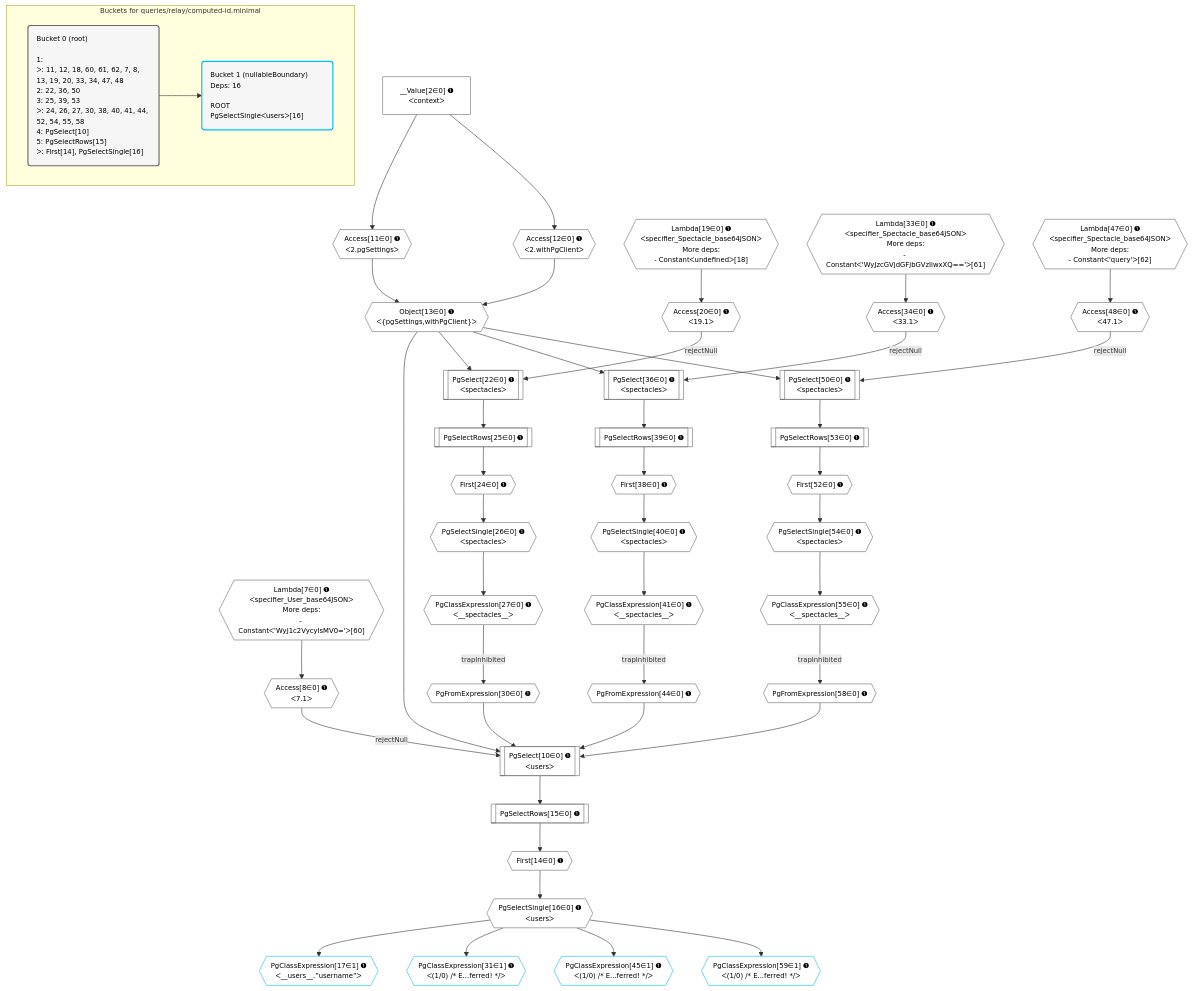
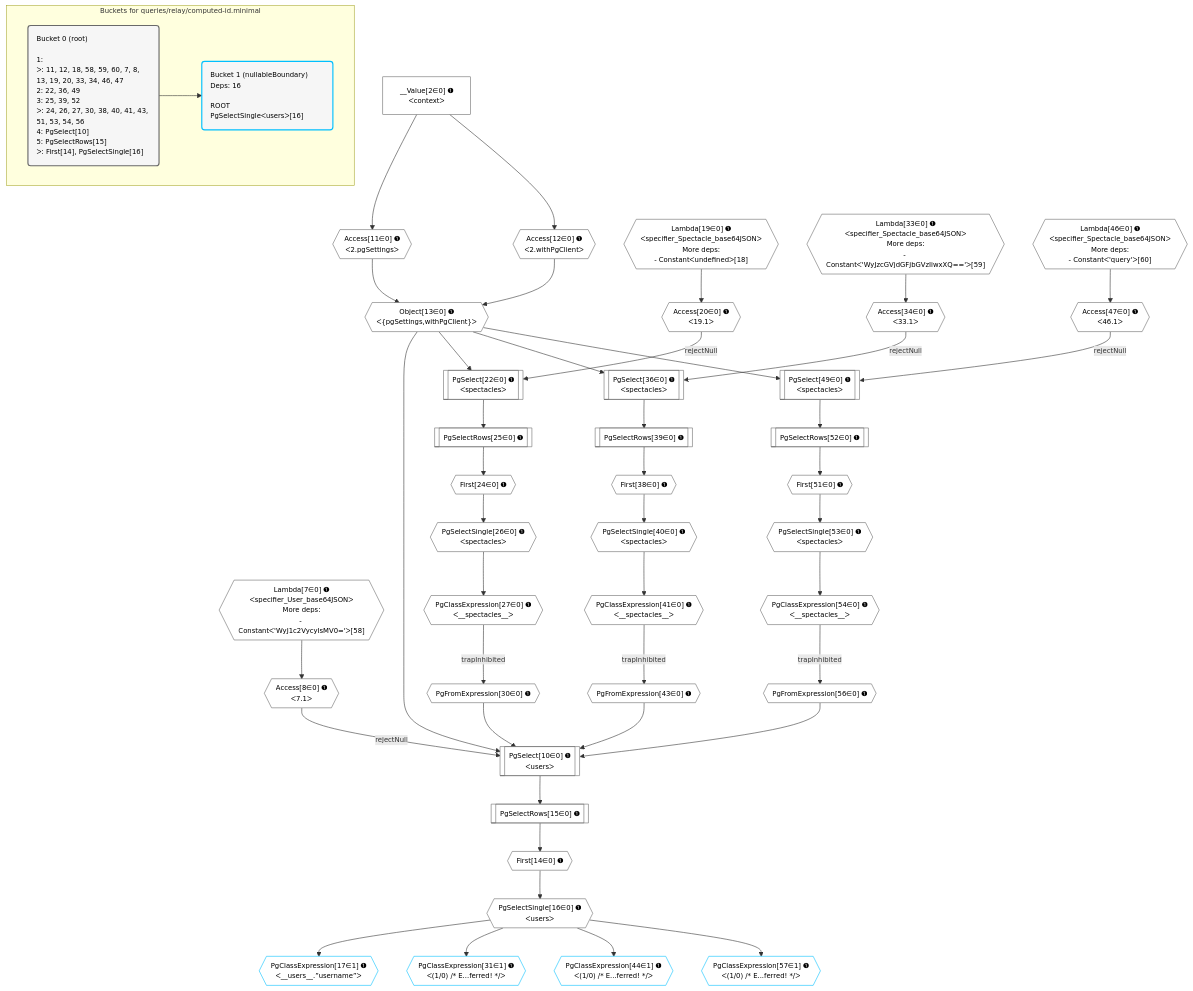
One commit to graphile/crystal changed the diagram in postgraphile/postgraphile/__tests__/queries/relay/computed-id.minimal.mermaid. Above: the diagram before and after it, drawn with Mermaid. The commit also changed 15 other files, not shown here.

Commit message:
Update plan diagrams

```diff
--- a/postgraphile/postgraphile/__tests__/queries/relay/computed-id.minimal.mermaid
+++ b/postgraphile/postgraphile/__tests__/queries/relay/computed-id.minimal.mermaid
@@ -1,97 +1,97 @@
 %%{init: {'themeVariables': { 'fontSize': '12px'}}}%%
 graph TD
     classDef path fill:#eee,stroke:#000,color:#000
     classDef plan fill:#fff,stroke-width:1px,color:#000
     classDef itemplan fill:#fff,stroke-width:2px,color:#000
     classDef unbatchedplan fill:#dff,stroke-width:1px,color:#000
     classDef sideeffectplan fill:#fcc,stroke-width:2px,color:#000
     classDef bucket fill:#f6f6f6,color:#000,stroke-width:2px,text-align:left
 
     subgraph "Buckets for queries/relay/computed-id.minimal"
-    Bucket0("Bucket 0 (root)<br /><br />1: <br />ᐳ: 11, 12, 18, 60, 61, 62, 7, 8, 13, 19, 20, 33, 34, 47, 48<br />2: 22, 36, 50<br />3: 25, 39, 53<br />ᐳ: 24, 26, 27, 30, 38, 40, 41, 44, 52, 54, 55, 58<br />4: PgSelect[10]<br />5: PgSelectRows[15]<br />ᐳ: First[14], PgSelectSingle[16]"):::bucket
+    Bucket0("Bucket 0 (root)<br /><br />1: <br />ᐳ: 11, 12, 18, 58, 59, 60, 7, 8, 13, 19, 20, 33, 34, 46, 47<br />2: 22, 36, 49<br />3: 25, 39, 52<br />ᐳ: 24, 26, 27, 30, 38, 40, 41, 43, 51, 53, 54, 56<br />4: PgSelect[10]<br />5: PgSelectRows[15]<br />ᐳ: First[14], PgSelectSingle[16]"):::bucket
     Bucket1("Bucket 1 (nullableBoundary)<br />Deps: 16<br /><br />ROOT PgSelectSingleᐸusersᐳ[16]"):::bucket
     end
     Bucket0 --> Bucket1
 
     %% plan dependencies
     PgSelect10[["PgSelect[10∈0] ➊<br />ᐸusersᐳ"]]:::plan
     Object13{{"Object[13∈0] ➊<br />ᐸ{pgSettings,withPgClient}ᐳ"}}:::plan
     Access8{{"Access[8∈0] ➊<br />ᐸ7.1ᐳ"}}:::plan
     PgFromExpression30{{"PgFromExpression[30∈0] ➊"}}:::plan
-    PgFromExpression44{{"PgFromExpression[44∈0] ➊"}}:::plan
-    PgFromExpression58{{"PgFromExpression[58∈0] ➊"}}:::plan
+    PgFromExpression43{{"PgFromExpression[43∈0] ➊"}}:::plan
+    PgFromExpression56{{"PgFromExpression[56∈0] ➊"}}:::plan
     Access8 -->|rejectNull| PgSelect10
-    Object13 & PgFromExpression30 & PgFromExpression44 & PgFromExpression58 --> PgSelect10
+    Object13 & PgFromExpression30 & PgFromExpression43 & PgFromExpression56 --> PgSelect10
     Access11{{"Access[11∈0] ➊<br />ᐸ2.pgSettingsᐳ"}}:::plan
     Access12{{"Access[12∈0] ➊<br />ᐸ2.withPgClientᐳ"}}:::plan
     Access11 & Access12 --> Object13
     PgSelect22[["PgSelect[22∈0] ➊<br />ᐸspectaclesᐳ"]]:::plan
     Access20{{"Access[20∈0] ➊<br />ᐸ19.1ᐳ"}}:::plan
     Access20 -->|rejectNull| PgSelect22
     Object13 --> PgSelect22
     PgSelect36[["PgSelect[36∈0] ➊<br />ᐸspectaclesᐳ"]]:::plan
     Access34{{"Access[34∈0] ➊<br />ᐸ33.1ᐳ"}}:::plan
     Access34 -->|rejectNull| PgSelect36
     Object13 --> PgSelect36
-    PgSelect50[["PgSelect[50∈0] ➊<br />ᐸspectaclesᐳ"]]:::plan
-    Access48{{"Access[48∈0] ➊<br />ᐸ47.1ᐳ"}}:::plan
-    Access48 -->|rejectNull| PgSelect50
-    Object13 --> PgSelect50
-    Lambda7{{"Lambda[7∈0] ➊<br />ᐸspecifier_User_base64JSONᐳ<br />More deps:<br />- Constantᐸ'WyJ1c2VycyIsMV0='ᐳ[60]"}}:::plan
+    PgSelect49[["PgSelect[49∈0] ➊<br />ᐸspectaclesᐳ"]]:::plan
+    Access47{{"Access[47∈0] ➊<br />ᐸ46.1ᐳ"}}:::plan
+    Access47 -->|rejectNull| PgSelect49
+    Object13 --> PgSelect49
+    Lambda7{{"Lambda[7∈0] ➊<br />ᐸspecifier_User_base64JSONᐳ<br />More deps:<br />- Constantᐸ'WyJ1c2VycyIsMV0='ᐳ[58]"}}:::plan
     Lambda7 --> Access8
     __Value2["__Value[2∈0] ➊<br />ᐸcontextᐳ"]:::plan
     __Value2 --> Access11
     __Value2 --> Access12
     First14{{"First[14∈0] ➊"}}:::plan
     PgSelectRows15[["PgSelectRows[15∈0] ➊"]]:::plan
     PgSelectRows15 --> First14
     PgSelect10 --> PgSelectRows15
     PgSelectSingle16{{"PgSelectSingle[16∈0] ➊<br />ᐸusersᐳ"}}:::plan
     First14 --> PgSelectSingle16
     Lambda19{{"Lambda[19∈0] ➊<br />ᐸspecifier_Spectacle_base64JSONᐳ<br />More deps:<br />- Constantᐸundefinedᐳ[18]"}}:::plan
     Lambda19 --> Access20
     First24{{"First[24∈0] ➊"}}:::plan
     PgSelectRows25[["PgSelectRows[25∈0] ➊"]]:::plan
     PgSelectRows25 --> First24
     PgSelect22 --> PgSelectRows25
     PgSelectSingle26{{"PgSelectSingle[26∈0] ➊<br />ᐸspectaclesᐳ"}}:::plan
     First24 --> PgSelectSingle26
     PgClassExpression27{{"PgClassExpression[27∈0] ➊<br />ᐸ__spectacles__ᐳ"}}:::plan
     PgSelectSingle26 --> PgClassExpression27
     PgClassExpression27 -->|trapInhibited| PgFromExpression30
-    Lambda33{{"Lambda[33∈0] ➊<br />ᐸspecifier_Spectacle_base64JSONᐳ<br />More deps:<br />- Constantᐸ'WyJzcGVjdGFjbGVzIiwxXQ=='ᐳ[61]"}}:::plan
+    Lambda33{{"Lambda[33∈0] ➊<br />ᐸspecifier_Spectacle_base64JSONᐳ<br />More deps:<br />- Constantᐸ'WyJzcGVjdGFjbGVzIiwxXQ=='ᐳ[59]"}}:::plan
     Lambda33 --> Access34
     First38{{"First[38∈0] ➊"}}:::plan
     PgSelectRows39[["PgSelectRows[39∈0] ➊"]]:::plan
     PgSelectRows39 --> First38
     PgSelect36 --> PgSelectRows39
     PgSelectSingle40{{"PgSelectSingle[40∈0] ➊<br />ᐸspectaclesᐳ"}}:::plan
     First38 --> PgSelectSingle40
     PgClassExpression41{{"PgClassExpression[41∈0] ➊<br />ᐸ__spectacles__ᐳ"}}:::plan
     PgSelectSingle40 --> PgClassExpression41
-    PgClassExpression41 -->|trapInhibited| PgFromExpression44
-    Lambda47{{"Lambda[47∈0] ➊<br />ᐸspecifier_Spectacle_base64JSONᐳ<br />More deps:<br />- Constantᐸ'query'ᐳ[62]"}}:::plan
-    Lambda47 --> Access48
-    First52{{"First[52∈0] ➊"}}:::plan
-    PgSelectRows53[["PgSelectRows[53∈0] ➊"]]:::plan
-    PgSelectRows53 --> First52
-    PgSelect50 --> PgSelectRows53
-    PgSelectSingle54{{"PgSelectSingle[54∈0] ➊<br />ᐸspectaclesᐳ"}}:::plan
-    First52 --> PgSelectSingle54
-    PgClassExpression55{{"PgClassExpression[55∈0] ➊<br />ᐸ__spectacles__ᐳ"}}:::plan
-    PgSelectSingle54 --> PgClassExpression55
-    PgClassExpression55 -->|trapInhibited| PgFromExpression58
+    PgClassExpression41 -->|trapInhibited| PgFromExpression43
+    Lambda46{{"Lambda[46∈0] ➊<br />ᐸspecifier_Spectacle_base64JSONᐳ<br />More deps:<br />- Constantᐸ'query'ᐳ[60]"}}:::plan
+    Lambda46 --> Access47
+    First51{{"First[51∈0] ➊"}}:::plan
+    PgSelectRows52[["PgSelectRows[52∈0] ➊"]]:::plan
+    PgSelectRows52 --> First51
+    PgSelect49 --> PgSelectRows52
+    PgSelectSingle53{{"PgSelectSingle[53∈0] ➊<br />ᐸspectaclesᐳ"}}:::plan
+    First51 --> PgSelectSingle53
+    PgClassExpression54{{"PgClassExpression[54∈0] ➊<br />ᐸ__spectacles__ᐳ"}}:::plan
+    PgSelectSingle53 --> PgClassExpression54
+    PgClassExpression54 -->|trapInhibited| PgFromExpression56
     PgClassExpression17{{"PgClassExpression[17∈1] ➊<br />ᐸ__users__.”username”ᐳ"}}:::plan
     PgSelectSingle16 --> PgClassExpression17
     PgClassExpression31{{"PgClassExpression[31∈1] ➊<br />ᐸ(1/0) /* E...ferred! */ᐳ"}}:::plan
     PgSelectSingle16 --> PgClassExpression31
-    PgClassExpression45{{"PgClassExpression[45∈1] ➊<br />ᐸ(1/0) /* E...ferred! */ᐳ"}}:::plan
-    PgSelectSingle16 --> PgClassExpression45
-    PgClassExpression59{{"PgClassExpression[59∈1] ➊<br />ᐸ(1/0) /* E...ferred! */ᐳ"}}:::plan
-    PgSelectSingle16 --> PgClassExpression59
+    PgClassExpression44{{"PgClassExpression[44∈1] ➊<br />ᐸ(1/0) /* E...ferred! */ᐳ"}}:::plan
+    PgSelectSingle16 --> PgClassExpression44
+    PgClassExpression57{{"PgClassExpression[57∈1] ➊<br />ᐸ(1/0) /* E...ferred! */ᐳ"}}:::plan
+    PgSelectSingle16 --> PgClassExpression57
 
     %% define steps
     classDef bucket0 stroke:#696969
-    class Bucket0,__Value2,Lambda7,Access8,PgSelect10,Access11,Access12,Object13,First14,PgSelectRows15,PgSelectSingle16,Lambda19,Access20,PgSelect22,First24,PgSelectRows25,PgSelectSingle26,PgClassExpression27,PgFromExpression30,Lambda33,Access34,PgSelect36,First38,PgSelectRows39,PgSelectSingle40,PgClassExpression41,PgFromExpression44,Lambda47,Access48,PgSelect50,First52,PgSelectRows53,PgSelectSingle54,PgClassExpression55,PgFromExpression58 bucket0
+    class Bucket0,__Value2,Lambda7,Access8,PgSelect10,Access11,Access12,Object13,First14,PgSelectRows15,PgSelectSingle16,Lambda19,Access20,PgSelect22,First24,PgSelectRows25,PgSelectSingle26,PgClassExpression27,PgFromExpression30,Lambda33,Access34,PgSelect36,First38,PgSelectRows39,PgSelectSingle40,PgClassExpression41,PgFromExpression43,Lambda46,Access47,PgSelect49,First51,PgSelectRows52,PgSelectSingle53,PgClassExpression54,PgFromExpression56 bucket0
     classDef bucket1 stroke:#00bfff
-    class Bucket1,PgClassExpression17,PgClassExpression31,PgClassExpression45,PgClassExpression59 bucket1
+    class Bucket1,PgClassExpression17,PgClassExpression31,PgClassExpression44,PgClassExpression57 bucket1
```
